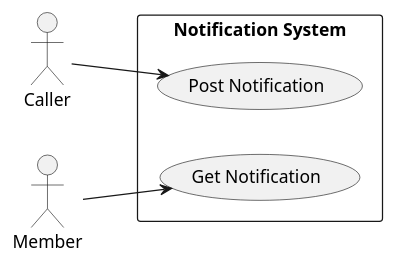
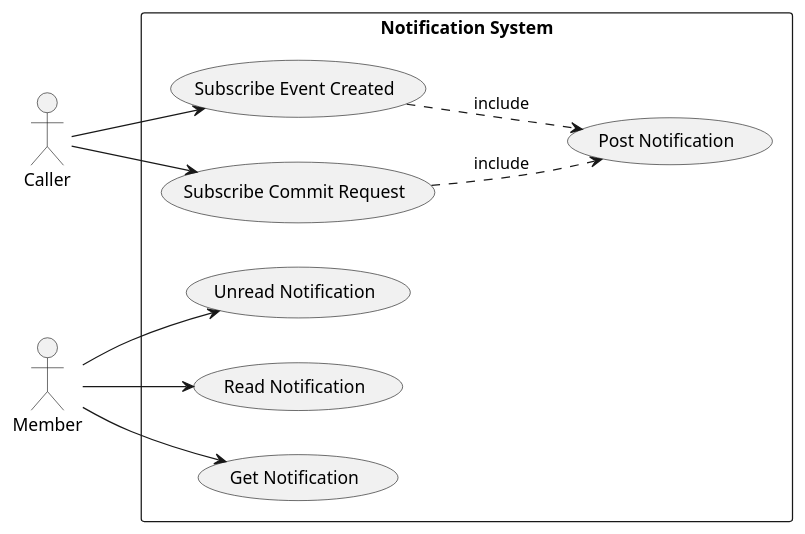
The diagram in UseCase/Release04/NotificationSubSystem.wsd (fwidjaya20/fazzlearning-uml), drawn with PlantUML before and after one commit. The commit also changed 4 other files, not shown here.

```diff
--- a/UseCase/Release04/NotificationSubSystem.wsd
+++ b/UseCase/Release04/NotificationSubSystem.wsd
@@ -1,17 +1,24 @@
 @startuml NotificationSubSystem
 
 left to right direction
 
 skinparam Monochrome true
 skinparam Shadowing false
 skinparam packageStyle rectangle
 
 actor Caller
 actor Member
 
 rectangle "Notification System" {
-    Caller --> (Post Notification)
+    Caller --> (Subscribe Event Created)
+    Caller --> (Subscribe Commit Request)
+    
+    (Subscribe Event Created) ..> (Post Notification) : include
+    (Subscribe Commit Request) ..> (Post Notification) : include
+
+    Member --> (Unread Notification)
+    Member --> (Read Notification)
     Member --> (Get Notification)
 }
 
 @enduml
```
